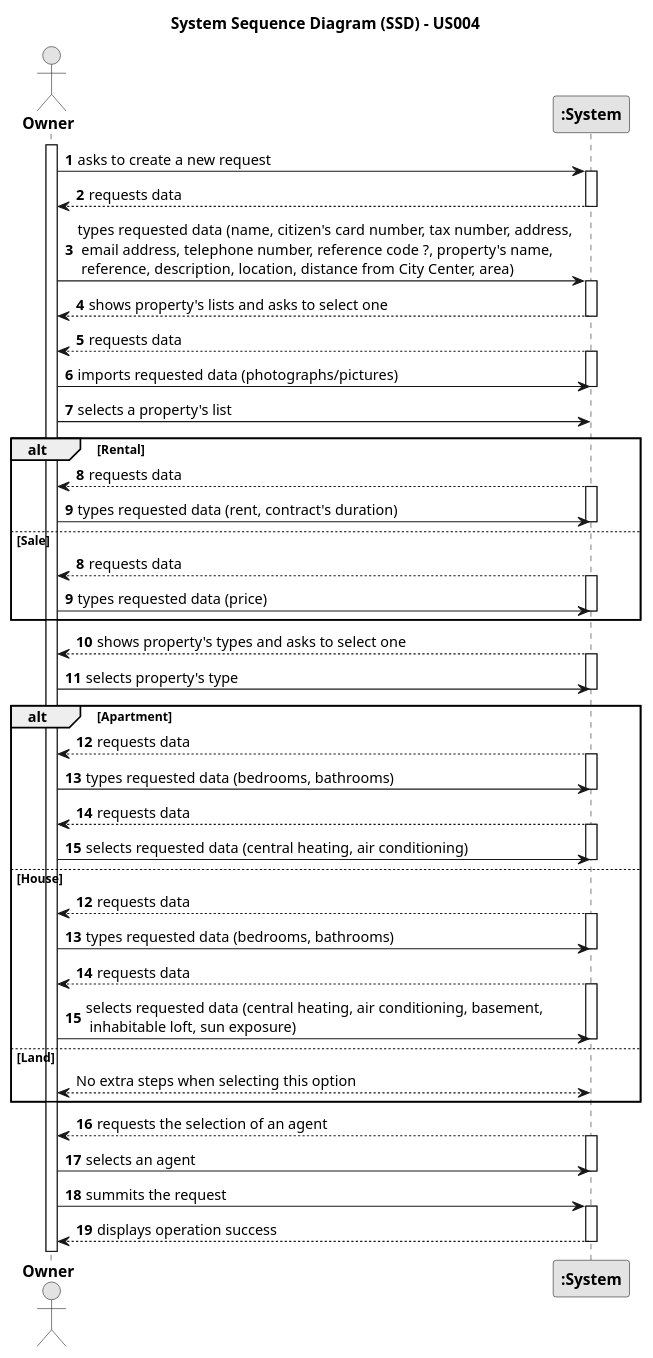
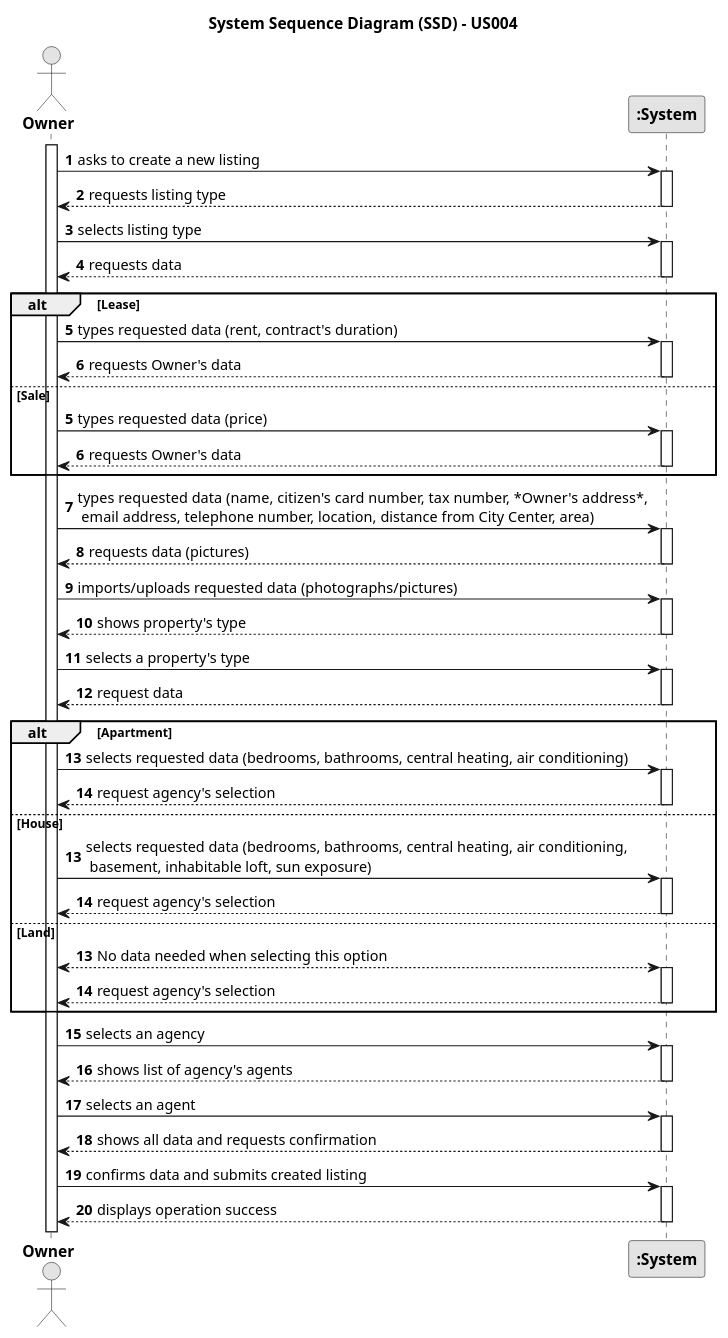
Before and after one commit to rita-barbosa/LAPR2-2223: the diagram in docs/sprintA/us004/01.requirements-engineering/puml/us004-system-sequence-diagram.puml, drawn with PlantUML. The commit also changed 2 other files, not shown here.

```diff
--- a/docs/sprintA/us004/01.requirements-engineering/puml/us004-system-sequence-diagram.puml
+++ b/docs/sprintA/us004/01.requirements-engineering/puml/us004-system-sequence-diagram.puml
@@ -1,110 +1,113 @@
 @startuml
 skinparam monochrome true
 skinparam packageStyle rectangle
 skinparam shadowing false
 
 title System Sequence Diagram (SSD) - US004
 
 autonumber
 
 actor "<b>Owner</b>" as Owner
 participant "<b>:System</b>" as System
 
 activate Owner
 
-    Owner -> System : asks to create a new request
+    Owner -> System : asks to create a new listing
+    activate System
+
+        System --> Owner : requests listing type
+    deactivate System
+
+    Owner -> System : selects listing type
     activate System
 
         System --> Owner : requests data
     deactivate System
 
-    Owner -> System : types requested data (name, citizen's card number, tax number, address,\n email address, telephone number, reference code ?, property's name,\n reference, description, location, distance from City Center, area)
-    activate System
-
-        System --> Owner : shows property's lists and asks to select one
-    deactivate System
 
 
-    System --> "Owner" : requests data
-    activate System
-    Owner -> System : imports requested data (photographs/pictures)
-
-        deactivate System
-
-    Owner -> System : selects a property's list
-'    activate System
-'    deactivate System
-
-    alt Rental
-        autonumber 8
-        System --> "Owner": requests data
+ alt Lease
+        autonumber 5
+        "Owner" -> System: types requested data (rent, contract's duration)
         activate System
 
-        "Owner" -> System: types requested data (rent, contract's duration)
+            System --> "Owner" : requests Owner's data
         deactivate System
 
     else Sale
-        autonumber 8
-         System --> "Owner": requests data
+        autonumber 5
+        "Owner" -> System: types requested data (price)
         activate System
 
-        "Owner" -> System: types requested data (price)
+            System --> "Owner" : requests Owner's data
         deactivate System
 
     end
 
-    System --> "Owner" : shows property's types and asks to select one
+    Owner -> System : types requested data (name, citizen's card number, tax number, *Owner's address*,\n email address, telephone number, location, distance from City Center, area)
     activate System
-    Owner -> System : selects property's type
+
+    System --> "Owner" : requests data (pictures)
+    deactivate System
+
+    Owner -> System : imports/uploads requested data (photographs/pictures)
+    activate System
+
+    System --> Owner : shows property's type
+        deactivate System
+
+    Owner -> System : selects a property's type
+    activate System
+
+    System --> Owner : request data
+    deactivate System
+
+   alt Apartment
+
+        "Owner" -> System : selects requested data (bedrooms, bathrooms, central heating, air conditioning)
+        activate System
+
+        System --> Owner : request agency's selection
+        deactivate System
+
+    else House
+
+        autonumber 13
+        "Owner" -> System: selects requested data (bedrooms, bathrooms, central heating, air conditioning,\n basement, inhabitable loft, sun exposure)
+        activate System
+
+        System --> Owner : request agency's selection
+        deactivate System
+
+    else Land
+        autonumber 13
+        "Owner" <--> System: No data needed when selecting this option
+        activate System
+
+        System --> Owner : request agency's selection
+        deactivate System
+    end
+
+    autonumber 15
+
+       Owner -> System : selects an agency
+        activate System
+
+       System --> Owner : shows list of agency's agents
     deactivate System
 
 
-   alt Apartment
-
-        System --> "Owner": requests data
-        activate System
-
-        "Owner" -> System: types requested data (bedrooms, bathrooms)
-        deactivate System
-
-    System --> "Owner": requests data
-                    activate System
-
-                    "Owner" -> System: selects requested data (central heating, air conditioning)
-                    deactivate System
-
-    else House
-        autonumber 12
-         System --> "Owner": requests data
-        activate System
-
-        "Owner" -> System: types requested data (bedrooms, bathrooms)
-        deactivate System
-
-         System --> "Owner": requests data
-         activate System
-
-         "Owner" -> System: selects requested data (central heating, air conditioning, basement,\n inhabitable loft, sun exposure)
-         deactivate System
-
-    else Land
-        autonumber stop
-        "Owner" <--> System: No extra steps when selecting this option
-
-    end
-
-    autonumber 16
-        System --> Owner : requests the selection of an agent
+        Owner -> System : selects an agent
     activate System
 
-    "Owner" -> System : selects an agent
+    System --> Owner : shows all data and requests confirmation
     deactivate System
 
 
-        "Owner" -> System : summits the request
+        "Owner" -> System : confirms data and submits created listing
     activate System
 
     System --> "Owner" : displays operation success
     deactivate System
 
 @enduml
```
